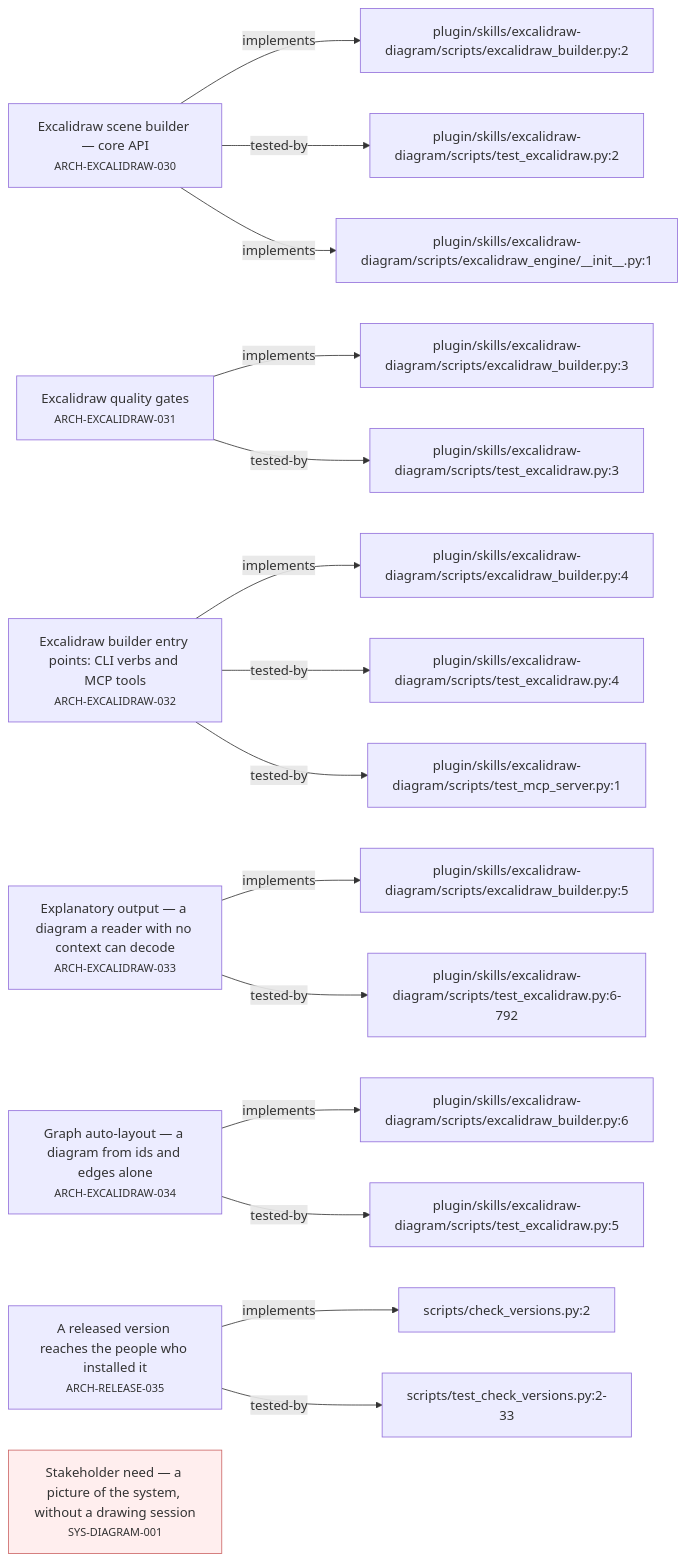
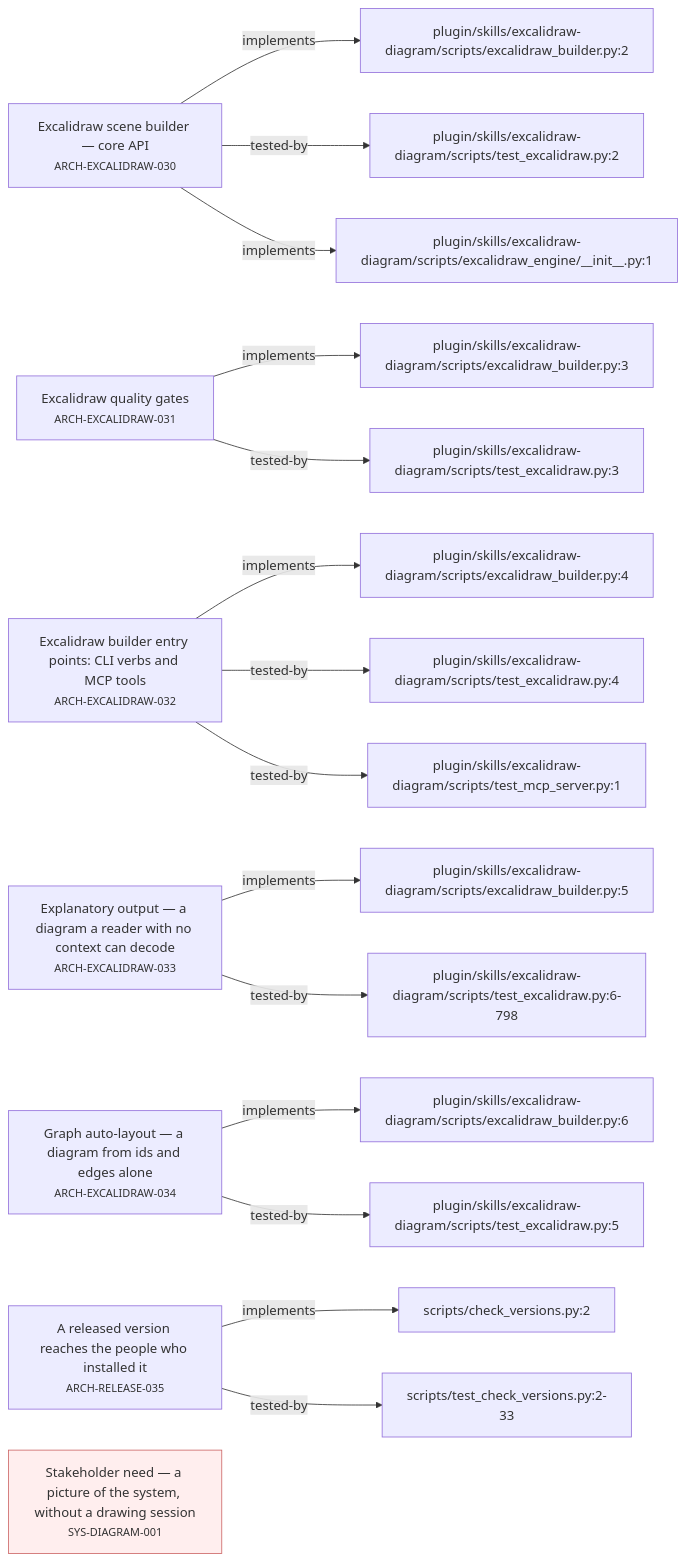
Before and after one commit to alxmax/excalidraw-diagram: the second of 4 diagrams in requirements/_map.md, drawn with Mermaid. The commit also changed other lines of this file and 32 other files, not shown here.

````diff
--- a/requirements/_map.md
+++ b/requirements/_map.md
@@ -51,39 +52,39 @@
 ```mermaid
 graph LR
   ARCH_EXCALIDRAW_030["Excalidraw scene builder — core API<br><small>ARCH-EXCALIDRAW-030</small>"]
   f_plugin_skills_excalidraw_diagram_scripts_excalidraw_builder_py_2["plugin/skills/excalidraw-diagram/scripts/excalidraw_builder.py:2"]
   ARCH_EXCALIDRAW_030 -->|implements| f_plugin_skills_excalidraw_diagram_scripts_excalidraw_builder_py_2
   f_plugin_skills_excalidraw_diagram_scripts_test_excalidraw_py_2["plugin/skills/excalidraw-diagram/scripts/test_excalidraw.py:2"]
   ARCH_EXCALIDRAW_030 -->|tested-by| f_plugin_skills_excalidraw_diagram_scripts_test_excalidraw_py_2
   f_plugin_skills_excalidraw_diagram_scripts_excalidraw_engine___init___py_1["plugin/skills/excalidraw-diagram/scripts/excalidraw_engine/__init__.py:1"]
   ARCH_EXCALIDRAW_030 -->|implements| f_plugin_skills_excalidraw_diagram_scripts_excalidraw_engine___init___py_1
   ARCH_EXCALIDRAW_031["Excalidraw quality gates<br><small>ARCH-EXCALIDRAW-031</small>"]
   f_plugin_skills_excalidraw_diagram_scripts_excalidraw_builder_py_3["plugin/skills/excalidraw-diagram/scripts/excalidraw_builder.py:3"]
   ARCH_EXCALIDRAW_031 -->|implements| f_plugin_skills_excalidraw_diagram_scripts_excalidraw_builder_py_3
   f_plugin_skills_excalidraw_diagram_scripts_test_excalidraw_py_3["plugin/skills/excalidraw-diagram/scripts/test_excalidraw.py:3"]
   ARCH_EXCALIDRAW_031 -->|tested-by| f_plugin_skills_excalidraw_diagram_scripts_test_excalidraw_py_3
   ARCH_EXCALIDRAW_032["Excalidraw builder entry points: CLI verbs and MCP tools<br><small>ARCH-EXCALIDRAW-032</small>"]
   f_plugin_skills_excalidraw_diagram_scripts_excalidraw_builder_py_4["plugin/skills/excalidraw-diagram/scripts/excalidraw_builder.py:4"]
   ARCH_EXCALIDRAW_032 -->|implements| f_plugin_skills_excalidraw_diagram_scripts_excalidraw_builder_py_4
   f_plugin_skills_excalidraw_diagram_scripts_test_excalidraw_py_4["plugin/skills/excalidraw-diagram/scripts/test_excalidraw.py:4"]
   ARCH_EXCALIDRAW_032 -->|tested-by| f_plugin_skills_excalidraw_diagram_scripts_test_excalidraw_py_4
   f_plugin_skills_excalidraw_diagram_scripts_test_mcp_server_py_1["plugin/skills/excalidraw-diagram/scripts/test_mcp_server.py:1"]
   ARCH_EXCALIDRAW_032 -->|tested-by| f_plugin_skills_excalidraw_diagram_scripts_test_mcp_server_py_1
   ARCH_EXCALIDRAW_033["Explanatory output — a diagram a reader with no context can decode<br><small>ARCH-EXCALIDRAW-033</small>"]
   f_plugin_skills_excalidraw_diagram_scripts_excalidraw_builder_py_5["plugin/skills/excalidraw-diagram/scripts/excalidraw_builder.py:5"]
   ARCH_EXCALIDRAW_033 -->|implements| f_plugin_skills_excalidraw_diagram_scripts_excalidraw_builder_py_5
-  f_plugin_skills_excalidraw_diagram_scripts_test_excalidraw_py_6_792["plugin/skills/excalidraw-diagram/scripts/test_excalidraw.py:6-792"]
-  ARCH_EXCALIDRAW_033 -->|tested-by| f_plugin_skills_excalidraw_diagram_scripts_test_excalidraw_py_6_792
+  f_plugin_skills_excalidraw_diagram_scripts_test_excalidraw_py_6_798["plugin/skills/excalidraw-diagram/scripts/test_excalidraw.py:6-798"]
+  ARCH_EXCALIDRAW_033 -->|tested-by| f_plugin_skills_excalidraw_diagram_scripts_test_excalidraw_py_6_798
   ARCH_EXCALIDRAW_034["Graph auto-layout — a diagram from ids and edges alone<br><small>ARCH-EXCALIDRAW-034</small>"]
   f_plugin_skills_excalidraw_diagram_scripts_excalidraw_builder_py_6["plugin/skills/excalidraw-diagram/scripts/excalidraw_builder.py:6"]
   ARCH_EXCALIDRAW_034 -->|implements| f_plugin_skills_excalidraw_diagram_scripts_excalidraw_builder_py_6
   f_plugin_skills_excalidraw_diagram_scripts_test_excalidraw_py_5["plugin/skills/excalidraw-diagram/scripts/test_excalidraw.py:5"]
   ARCH_EXCALIDRAW_034 -->|tested-by| f_plugin_skills_excalidraw_diagram_scripts_test_excalidraw_py_5
   ARCH_RELEASE_035["A released version reaches the people who installed it<br><small>ARCH-RELEASE-035</small>"]
   f_scripts_check_versions_py_2["scripts/check_versions.py:2"]
   ARCH_RELEASE_035 -->|implements| f_scripts_check_versions_py_2
   f_scripts_test_check_versions_py_2_33["scripts/test_check_versions.py:2-33"]
   ARCH_RELEASE_035 -->|tested-by| f_scripts_test_check_versions_py_2_33
   SYS_DIAGRAM_001["Stakeholder need — a picture of the system, without a drawing session<br><small>SYS-DIAGRAM-001</small>"]
   style SYS_DIAGRAM_001 fill:#fee,stroke:#c66
 ```
````
